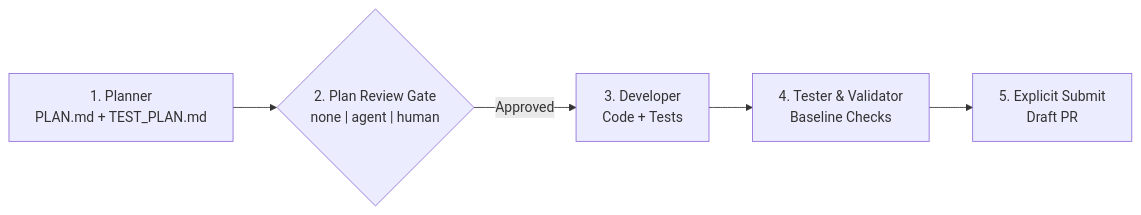
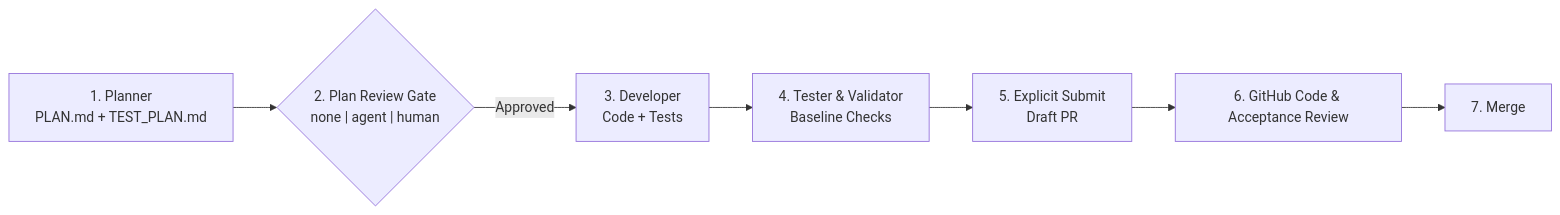
Before and after one commit to supernovae/SwarmOS: the diagram in docs/WORKFLOWS.md, drawn with Mermaid. The commit also changed other lines of this file and 3 other files, not shown here.

Commit message:
Clarify acceptance review handoff after submission

````diff
--- a/docs/WORKFLOWS.md
+++ b/docs/WORKFLOWS.md
@@ -16,7 +16,9 @@
 ```mermaid
 flowchart LR
     Plan["1. Planner<br/>PLAN.md + TEST_PLAN.md"] --> Gate{"2. Plan Review Gate<br/>none | agent | human"}
     Gate -->|Approved| Impl["3. Developer<br/>Code + Tests"]
     Impl --> Val["4. Tester & Validator<br/>Baseline Checks"]
     Val --> Submit["5. Explicit Submit<br/>Draft PR"]
+    Submit --> Review["6. GitHub Code & Acceptance Review"]
+    Review --> Merge["7. Merge"]
 ```
````
